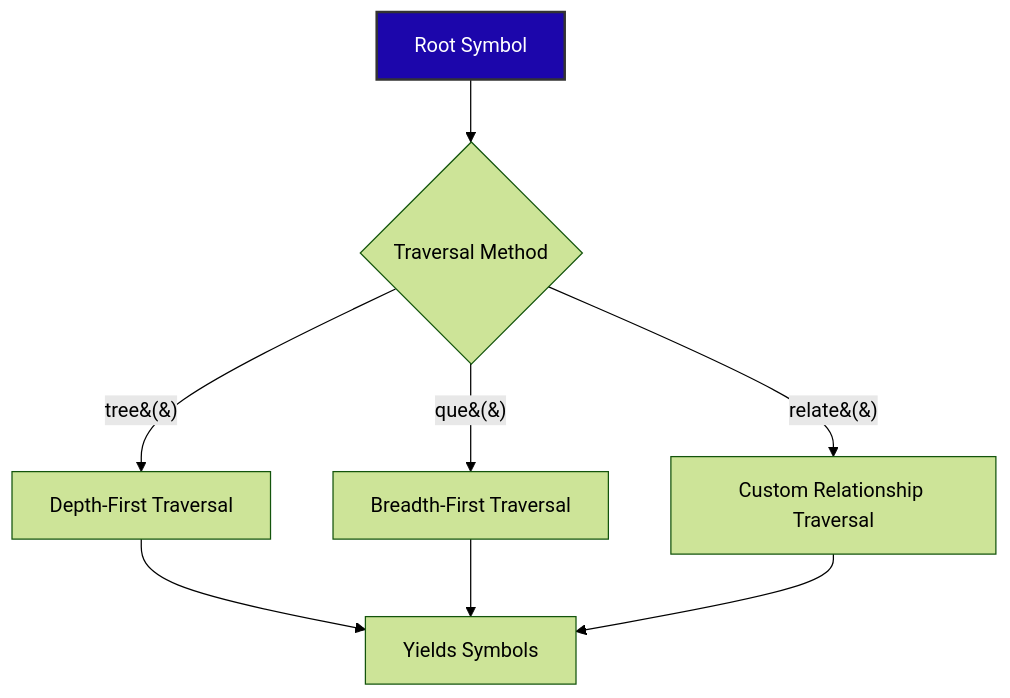
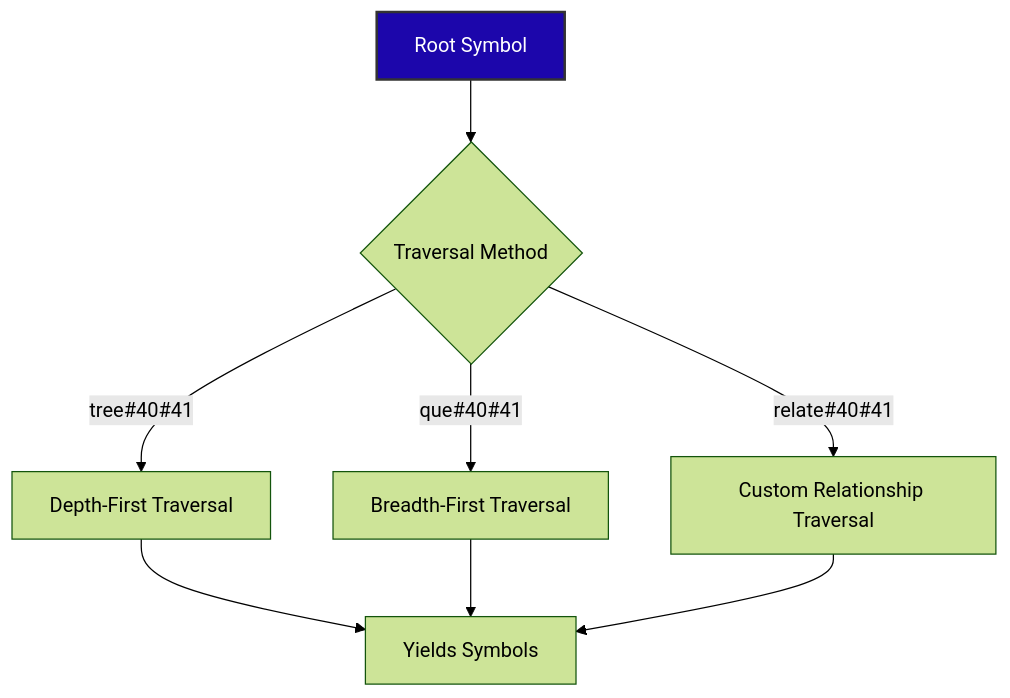
The fourth of 13 diagrams in docs/readme_details/8_api_highlights/index.md (ikko/sym), drawn with Mermaid (forest theme) before and after one commit. The commit also changed other lines of this file and 38 other files, not shown here.

Commit message:
mermaids maybe fixed

````diff
--- a/docs/readme_details/8_api_highlights/index.md
+++ b/docs/readme_details/8_api_highlights/index.md
@@ -158,14 +158,14 @@
 ```mermaid
 graph TD
     A[Root Symbol] --> B{Traversal Method};
-    B -- "tree&#40;&#41;" --> C[Depth-First Traversal];
-    B -- "que&#40;&#41;" --> D[Breadth-First Traversal];
-    B -- "relate&#40;&#41;" --> E[Custom Relationship Traversal];
+    B -- "tree#40#41" --> C[Depth-First Traversal];
+    B -- "que#40#41" --> D[Breadth-First Traversal];
+    B -- "relate#40#41" --> E[Custom Relationship Traversal];
     C --> F[Yields Symbols];
     D --> F;
     E --> F;
 
     style A fill:#1c06ab,stroke:#333,stroke-width:2px,color:#FFFFFF;
 
     style A fill:#1c06ab,stroke:#333,stroke-width:2px,color:#FFFFFF;
 ```
````
